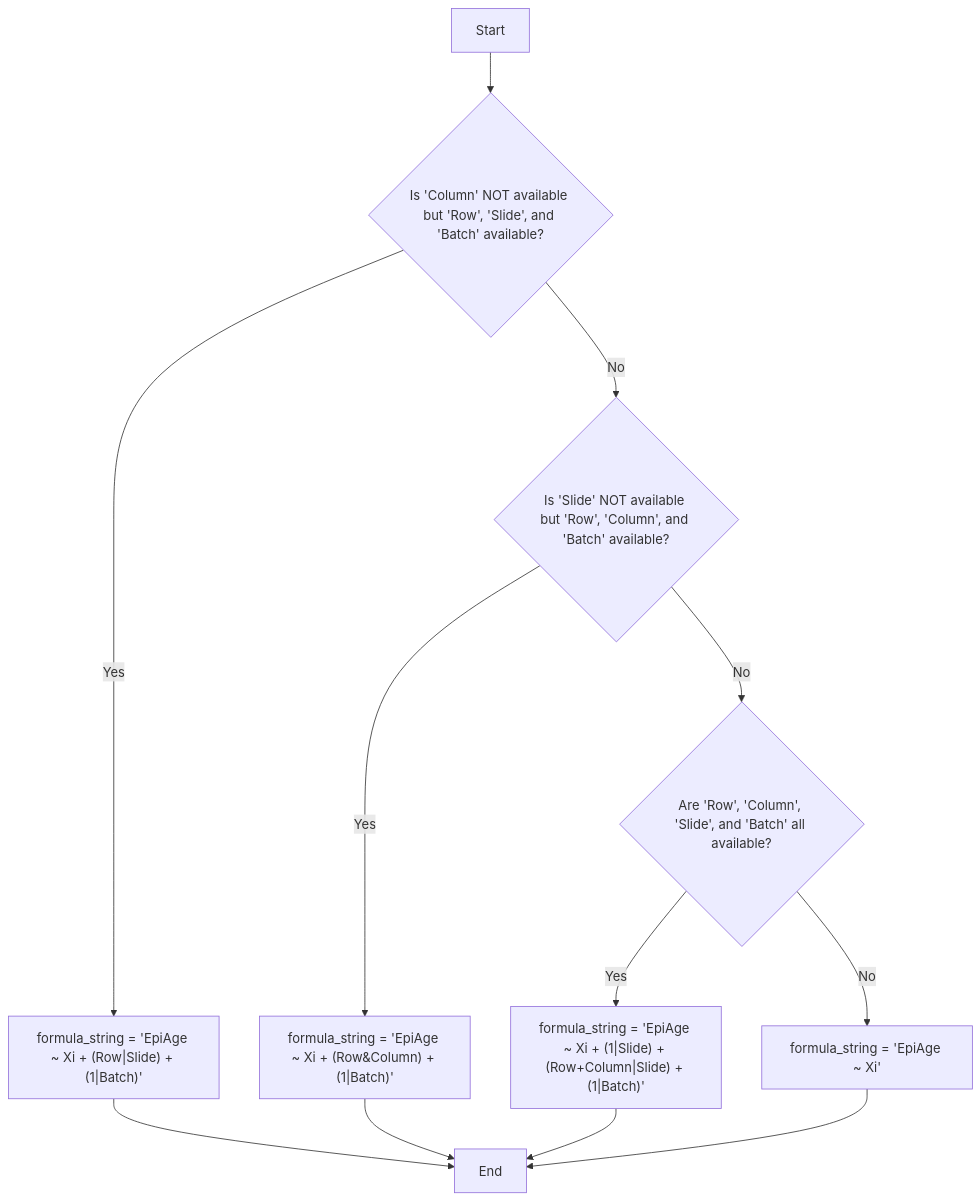
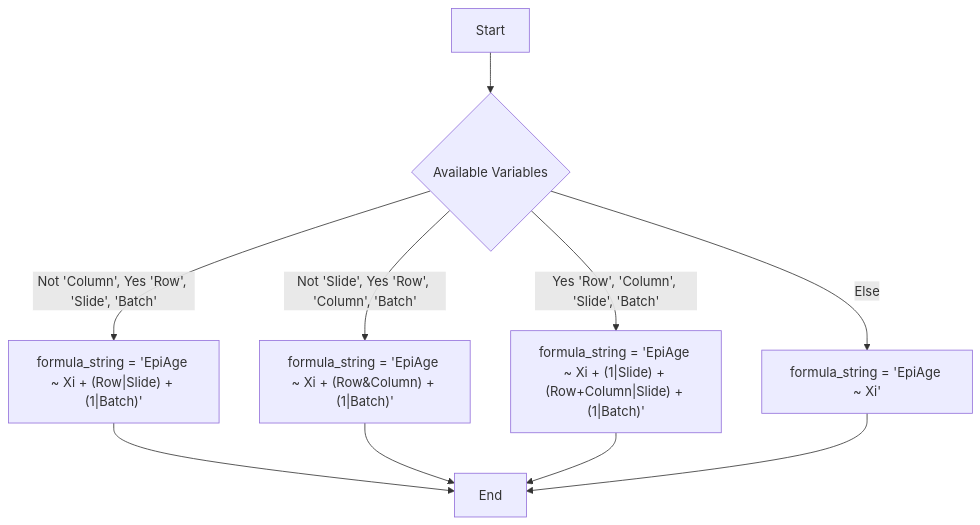
One commit to CastellaniLab/EpigeneticAgePipeline changed the diagram in README.md. Above: the diagram before and after it, drawn with Mermaid. The commit also changed 1 other file, not shown here.

````diff
--- a/README.md
+++ b/README.md
@@ -141,24 +141,20 @@
 ```mermaid
 graph TD
     A["Start"]
-    B{"Is 'Column' NOT available but 'Row', 'Slide', and 'Batch' available?"}
-    C{"Is 'Slide' NOT available but 'Row', 'Column', and 'Batch' available?"}
-    D{"Are 'Row', 'Column', 'Slide', and 'Batch' all available?"}
-    E["formula_string = 'EpiAge ~ Xi + (Row|Slide) + (1|Batch)'"]
-    F["formula_string = 'EpiAge ~ Xi + (Row&Column) + (1|Batch)'"]
-    G["formula_string = 'EpiAge ~ Xi + (1|Slide) + (Row+Column|Slide) + (1|Batch)'"]
-    H["formula_string = 'EpiAge ~ Xi'"]
-    I["End"]
+    B{"Available Variables"}
+    C["formula_string = 'EpiAge ~ Xi + (Row|Slide) + (1|Batch)'"]
+    D["formula_string = 'EpiAge ~ Xi + (Row&Column) + (1|Batch)'"]
+    E["formula_string = 'EpiAge ~ Xi + (1|Slide) + (Row+Column|Slide) + (1|Batch)'"]
+    F["formula_string = 'EpiAge ~ Xi'"]
+    G["End"]
 
     A --> B
-    B -->|Yes| E
-    B -->|No| C
-    C -->|Yes| F
-    C -->|No| D
-    D -->|Yes| G
-    D -->|No| H
-    E --> I
-    F --> I
-    G --> I
-    H --> I
+    B -->|Not 'Column', Yes 'Row', 'Slide', 'Batch'| C
+    B -->|Not 'Slide', Yes 'Row', 'Column', 'Batch'| D
+    B -->|Yes 'Row', 'Column', 'Slide', 'Batch'| E
+    B -->|Else| F
+    C --> G
+    D --> G
+    E --> G
+    F --> G
 ```
````
